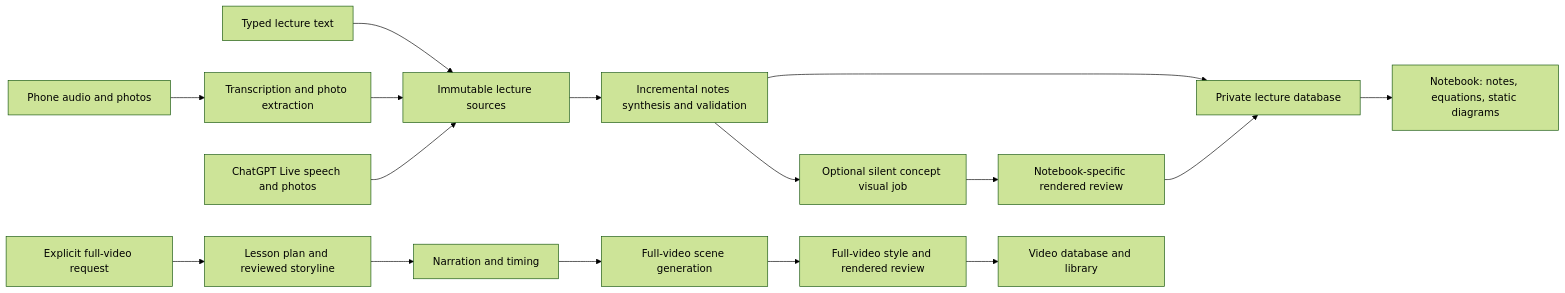
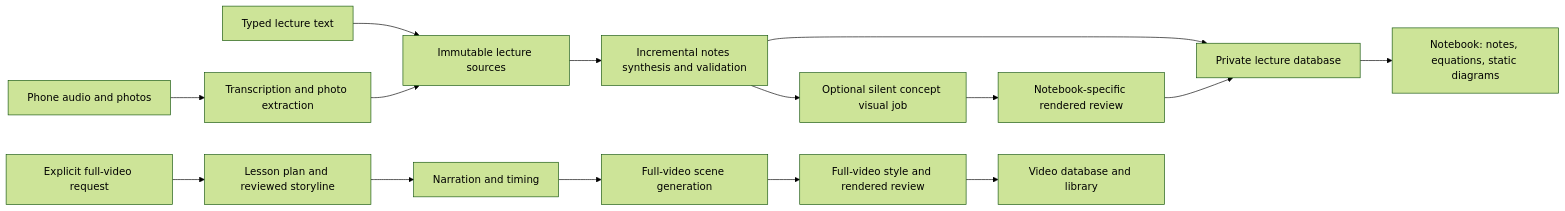
One commit to SamuelHitzinger/3blue1brown-Visuals changed the diagram in docs/notes-video-architecture.md. Above: the diagram before and after it, drawn with Mermaid (forest theme). The commit also changed other lines of this file and 36 other files, not shown here.

First line of the commit message:
chore(lectures): remove deprecated ChatGPT Live lecture bridge

````diff
--- a/docs/notes-video-architecture.md
+++ b/docs/notes-video-architecture.md
@@ -8,18 +8,17 @@
 ```mermaid
 flowchart LR
   T[Typed lecture text] --> S[Immutable lecture sources]
   C[Phone audio and photos] --> E[Transcription and photo extraction]
-  L[ChatGPT Live speech and photos] --> S
   E --> S
   S --> N[Incremental notes synthesis and validation]
   N --> D[Private lecture database]
   D --> U[Notebook: notes, equations, static diagrams]
   N --> V[Optional silent concept visual job]
   V --> R[Notebook-specific rendered review]
   R --> D
   Q[Explicit full-video request] --> P[Lesson plan and reviewed storyline]
   P --> A[Narration and timing]
   A --> G[Full-video scene generation]
   G --> F[Full-video style and rendered review]
   F --> B[Video database and library]
 ```
````
